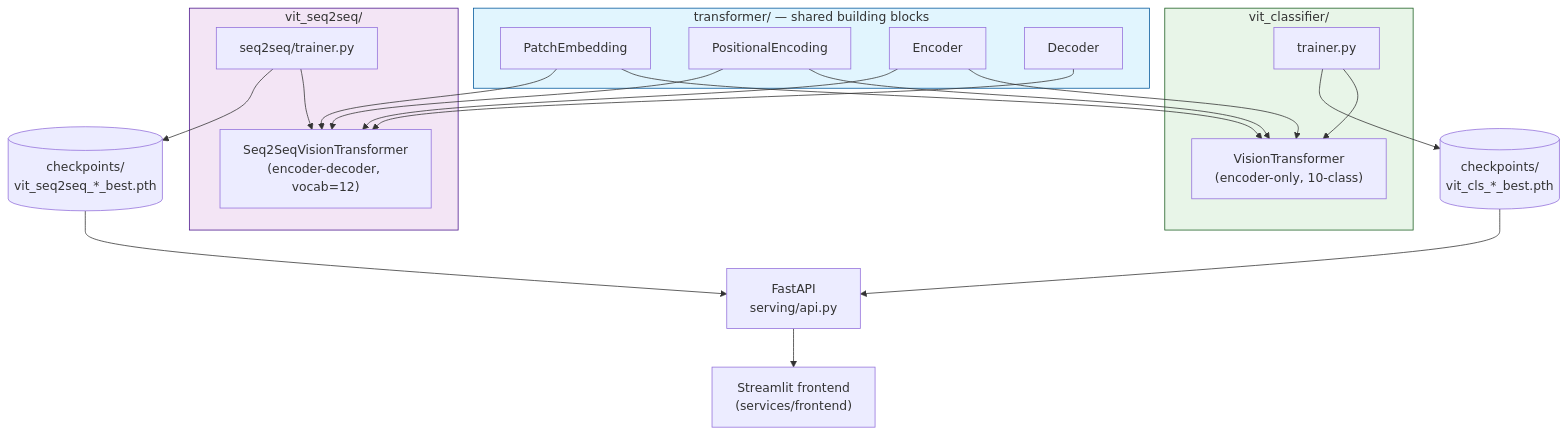
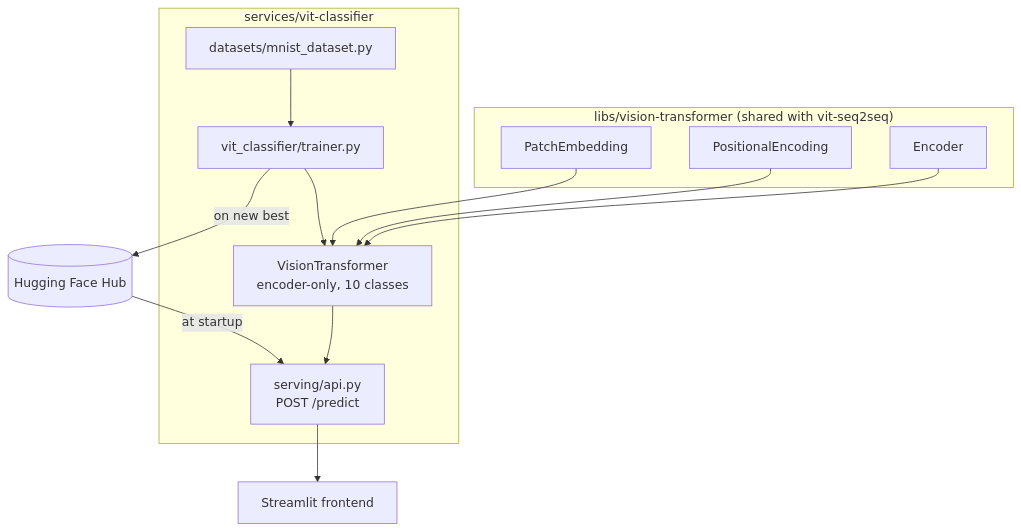
The diagram in services/vit-classifier/README.md (RoshBeed/ai-residency), drawn with Mermaid before and after one commit. The commit also changed other lines of this file and 7 other files, not shown here.

````diff
--- a/services/vit-classifier/README.md
+++ b/services/vit-classifier/README.md
@@ -70,43 +61,24 @@
 ```mermaid
 flowchart TD
-    subgraph Shared["transformer/ — shared building blocks"]
-        patchmod["PatchEmbedding"]
-        posmod["PositionalEncoding"]
-        encmod["Encoder"]
-        decmod["Decoder"]
+    subgraph lib["libs/vision-transformer (shared with vit-seq2seq)"]
+        patch["PatchEmbedding"]
+        pos["PositionalEncoding"]
+        enc["Encoder"]
     end
 
-    subgraph Classifier["vit_classifier/"]
-        clsmodel["VisionTransformer<br/>(encoder-only, 10-class)"]
-        clstrain["trainer.py"]
+    subgraph svc["services/vit-classifier"]
+        model["VisionTransformer<br/>encoder-only, 10 classes"]
+        trainer["vit_classifier/trainer.py"]
+        data["datasets/mnist_dataset.py"]
+        api["serving/api.py<br/>POST /predict"]
     end
 
-    subgraph Seq2Seq["vit_seq2seq/"]
-        s2smodel["Seq2SeqVisionTransformer<br/>(encoder-decoder, vocab=12)"]
-        s2strain["seq2seq/trainer.py"]
-    end
-
-    patchmod --> clsmodel
-    posmod --> clsmodel
-    encmod --> clsmodel
-    patchmod --> s2smodel
-    posmod --> s2smodel
-    encmod --> s2smodel
-    decmod --> s2smodel
-
-    clstrain --> clsmodel
-    s2strain --> s2smodel
-
-    clsckpt[("checkpoints/<br/>vit_cls_*_best.pth")]
-    s2sckpt[("checkpoints/<br/>vit_seq2seq_*_best.pth")]
-    clstrain --> clsckpt
-    s2strain --> s2sckpt
-
-    clsckpt --> api["FastAPI<br/>serving/api.py"]
-    s2sckpt --> api
-    api --> ui["Streamlit frontend<br/>(services/frontend)"]
-
-    style Shared fill:#e1f5fe,stroke:#01579b
-    style Classifier fill:#e8f5e8,stroke:#1b5e20
-    style Seq2Seq fill:#f3e5f5,stroke:#4a148c
+    patch --> model
+    pos --> model
+    enc --> model
+    data --> trainer --> model
+    trainer -->|"on new best"| hub[("Hugging Face Hub")]
+    hub -->|"at startup"| api
+    model --> api
+    api --> ui["Streamlit frontend"]
 ```
````
